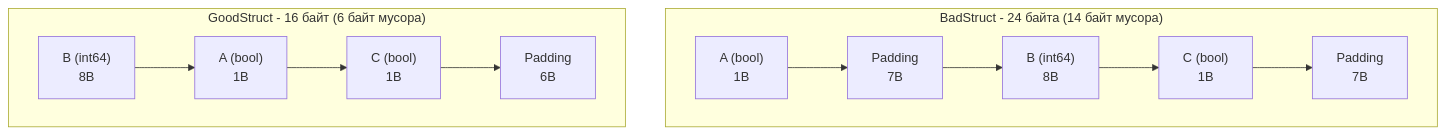
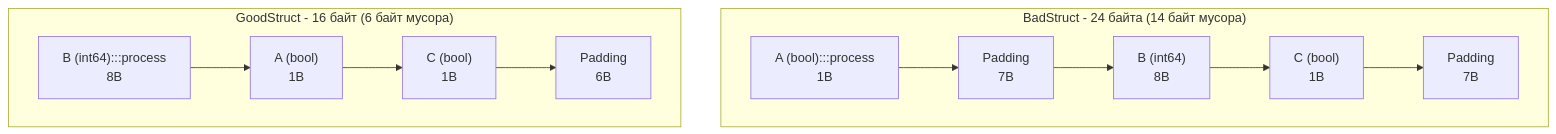
The second of 2 diagrams in sources/7. Глубокий Go (Внутреннее устройство)/22. Tiny Allocator и маленькие объекты.md (UnrealTemplier/go-textbook), drawn with Mermaid before and after one commit. The commit also changed other lines of this file and 1666 other files, not shown here.

First line of the commit message:
feat(mermaid): add semantic color classDef to 1369 colorless flowchart/graph diagrams

````diff
--- a/sources/7. Глубокий Go (Внутреннее устройство)/22. Tiny Allocator и маленькие объекты.md
+++ b/sources/7. Глубокий Go (Внутреннее устройство)/22. Tiny Allocator и маленькие объекты.md
@@ -113,17 +123,27 @@
 ```mermaid
 flowchart TB
+    classDef process  fill:#1e293b,stroke:#38bdf8,stroke-width:1px,color:#f8fafc
+    classDef success  fill:#064e3b,stroke:#34d399,stroke-width:1px,color:#f8fafc
+    classDef error    fill:#7f1d1d,stroke:#f87171,stroke-width:1px,color:#f8fafc
+    classDef warning  fill:#78350f,stroke:#fbbf24,stroke-width:1px,color:#f8fafc
+    classDef entry    fill:#1e3a5f,stroke:#38bdf8,stroke-width:2px,color:#f8fafc
+    classDef aux      fill:#334155,stroke:#64748b,stroke-width:1px,color:#f8fafc
+    classDef system   fill:#312e81,stroke:#a78bfa,stroke-width:1px,color:#f8fafc
+    classDef data     fill:#132d29,stroke:#2dd4bf,stroke-width:1px,color:#f8fafc
+    classDef network  fill:#881337,stroke:#fb7185,stroke-width:1px,color:#f8fafc
+    classDef accent   fill:#1e1b4b,stroke:#818cf8,stroke-width:1px,color:#f8fafc
     subgraph BAD ["BadStruct - 24 байта (14 байт мусора)"]
         direction LR
-        B_A["A (bool)<br>1B"] --> B_PAD1["Padding<br>7B"]
+        B_A["A (bool):::process<br>1B"] --> B_PAD1["Padding<br>7B"]
         B_PAD1 --> B_B["B (int64)<br>8B"]
         B_B --> B_C["C (bool)<br>1B"]
         B_C --> B_PAD2["Padding<br>7B"]
     end
 
     subgraph GOOD ["GoodStruct - 16 байт (6 байт мусора)"]
         direction LR
-        G_B["B (int64)<br>8B"] --> G_A["A (bool)<br>1B"]
+        G_B["B (int64):::process<br>8B"] --> G_A["A (bool)<br>1B"]
         G_A --> G_C["C (bool)<br>1B"]
         G_C --> G_PAD["Padding<br>6B"]
     end
 ```
````
